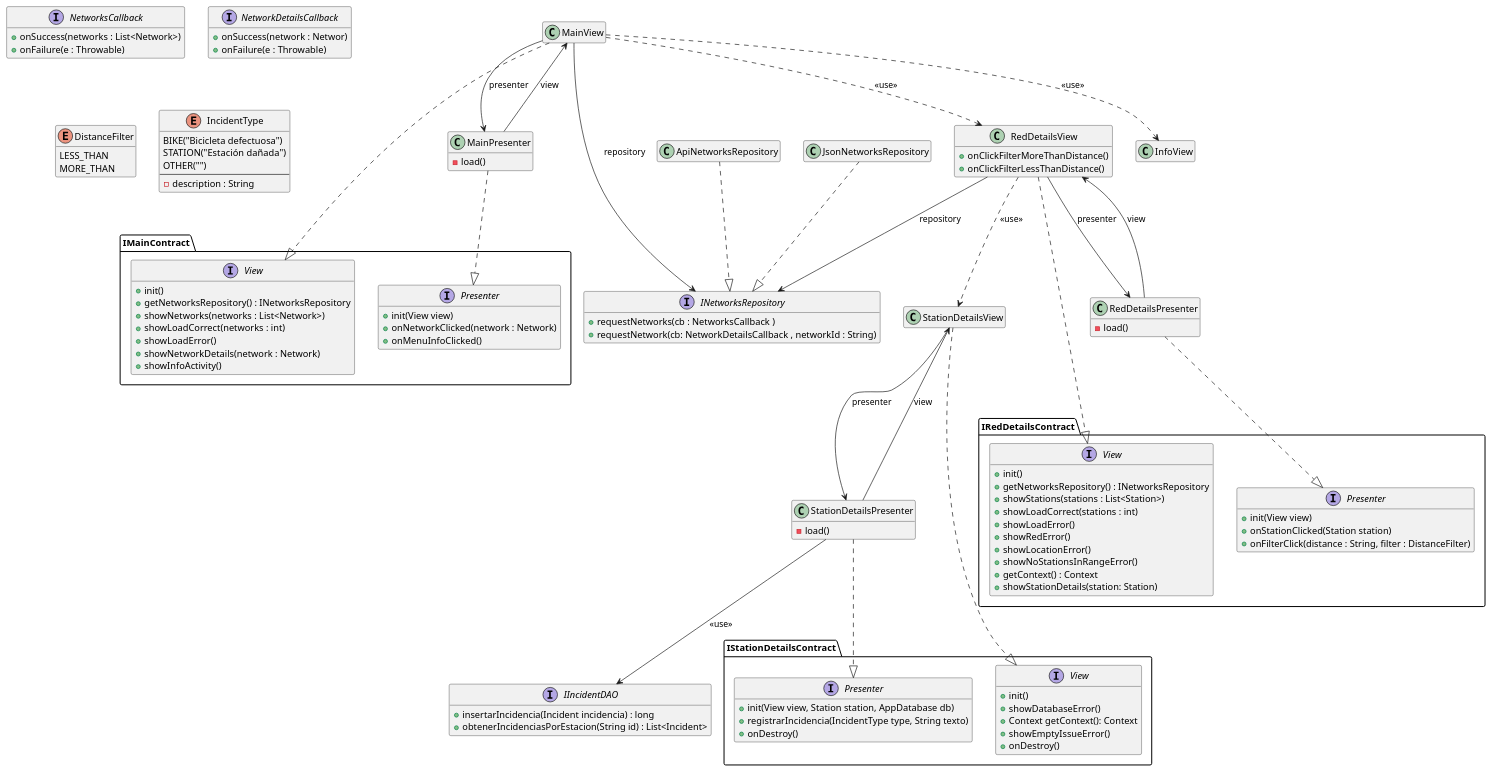
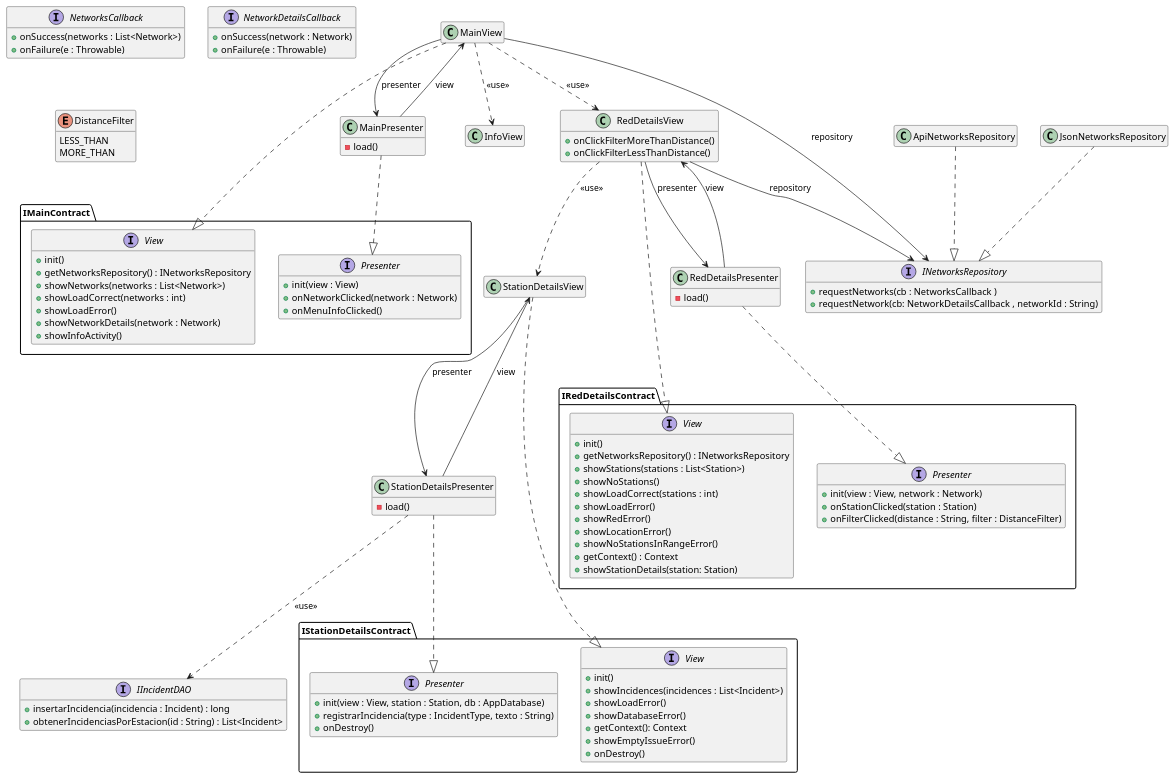
The diagram in Docs/Models/architecture.puml (isunican/App-Bicis-Grupo1), drawn with PlantUML before and after one commit. The commit also changed 1 other file, not shown here.

```diff
--- a/Docs/Models/architecture.puml
+++ b/Docs/Models/architecture.puml
@@ -1,139 +1,134 @@
 @startuml architecture
 
 hide empty members
 
 MainView ..|> IMainContract.View
 MainPresenter ..|> IMainContract.Presenter
 MainView --> INetworksRepository : repository
 ApiNetworksRepository ..|> INetworksRepository
 JsonNetworksRepository ..|> INetworksRepository
 MainView --> MainPresenter : presenter
 MainPresenter --> MainView : view
 MainView ..> InfoView : <<use>>
 MainView ..> RedDetailsView : <<use>>
 RedDetailsView ..> StationDetailsView : <<use>>
 
 RedDetailsView ..|> IRedDetailsContract.View
 RedDetailsPresenter ..|> IRedDetailsContract.Presenter
 RedDetailsView --> INetworksRepository : repository
 RedDetailsView --> RedDetailsPresenter : presenter
 RedDetailsPresenter --> RedDetailsView : view
 
 StationDetailsView ..|> IStationDetailsContract.View
 StationDetailsPresenter ..|> IStationDetailsContract.Presenter
 StationDetailsView --> StationDetailsPresenter : presenter
 StationDetailsPresenter --> StationDetailsView : view
-StationDetailsPresenter --> IIncidentDAO : <<use>>
+StationDetailsPresenter ..> IIncidentDAO : <<use>>
 
 
 class MainView {
 }
 
 class MainPresenter {
     -load()
 }
 
 class InfoView
 
 class StationDetailsView{
 }
 
 class StationDetailsPresenter {
     -load()
 }
 
 
 class RedDetailsView {
     +onClickFilterMoreThanDistance()
     +onClickFilterLessThanDistance()
 }
 class RedDetailsPresenter {
     -load()
 }
 
 class ApiNetworksRepository
 class JsonNetworksRepository
 
 interface IMainContract.View {
     + init()
     + getNetworksRepository() : INetworksRepository
     + showNetworks(networks : List<Network>)
     + showLoadCorrect(networks : int)
     + showLoadError()
     + showNetworkDetails(network : Network)
     + showInfoActivity()
 }
 
 interface IMainContract.Presenter {
-    + init(View view)
+    + init(view : View)
     + onNetworkClicked(network : Network)
     + onMenuInfoClicked()
 }
 
 interface IRedDetailsContract.View {
     + init()
     + getNetworksRepository() : INetworksRepository
     + showStations(stations : List<Station>)
+    + showNoStations()
     + showLoadCorrect(stations : int)
     + showLoadError()
     + showRedError()
     + showLocationError()
     + showNoStationsInRangeError()
     + getContext() : Context
     + showStationDetails(station: Station)
 }
 
 interface IRedDetailsContract.Presenter {
-    + init(View view)
-    + onStationClicked(Station station)
-    + onFilterClick(distance : String, filter : DistanceFilter)
+    + init(view : View, network : Network)
+    + onStationClicked(station : Station)
+    + onFilterClicked(distance : String, filter : DistanceFilter)
 }
 
 interface INetworksRepository {
     + requestNetworks(cb : NetworksCallback )
     + requestNetwork(cb: NetworkDetailsCallback , networkId : String)
 }
 
 interface NetworksCallback {
     + onSuccess(networks : List<Network>)
     + onFailure(e : Throwable)
 }
 
 interface NetworkDetailsCallback {
-    + onSuccess(network : Networ)
+    + onSuccess(network : Network)
     + onFailure(e : Throwable)
 }
 
 enum DistanceFilter {
     LESS_THAN
     MORE_THAN
 }
 
 interface IStationDetailsContract.Presenter {
-    + init(View view, Station station, AppDatabase db)
-    + registrarIncidencia(IncidentType type, String texto)
+    + init(view : View, station : Station, db : AppDatabase)
+    + registrarIncidencia(type : IncidentType, texto : String)
     + onDestroy()
 }
 
 interface IStationDetailsContract.View {
     + init()
+    + showIncidences(incidences : List<Incident>)
+    + showLoadError()
     + showDatabaseError()
-    + Context getContext(): Context
+    + getContext(): Context
     + showEmptyIssueError()
     + onDestroy()
 }
 
 interface IIncidentDAO {
-    + insertarIncidencia(Incident incidencia) : long
-    + obtenerIncidenciasPorEstacion(String id) : List<Incident>
-}
-
-enum IncidentType {
-    BIKE("Bicicleta defectuosa")
-    STATION("Estación dañada")
-    OTHER("")
-    --
-    - description : String
+    + insertarIncidencia(incidencia : Incident) : long
+    + obtenerIncidenciasPorEstacion(id : String) : List<Incident>
 }
 
 @enduml
```
